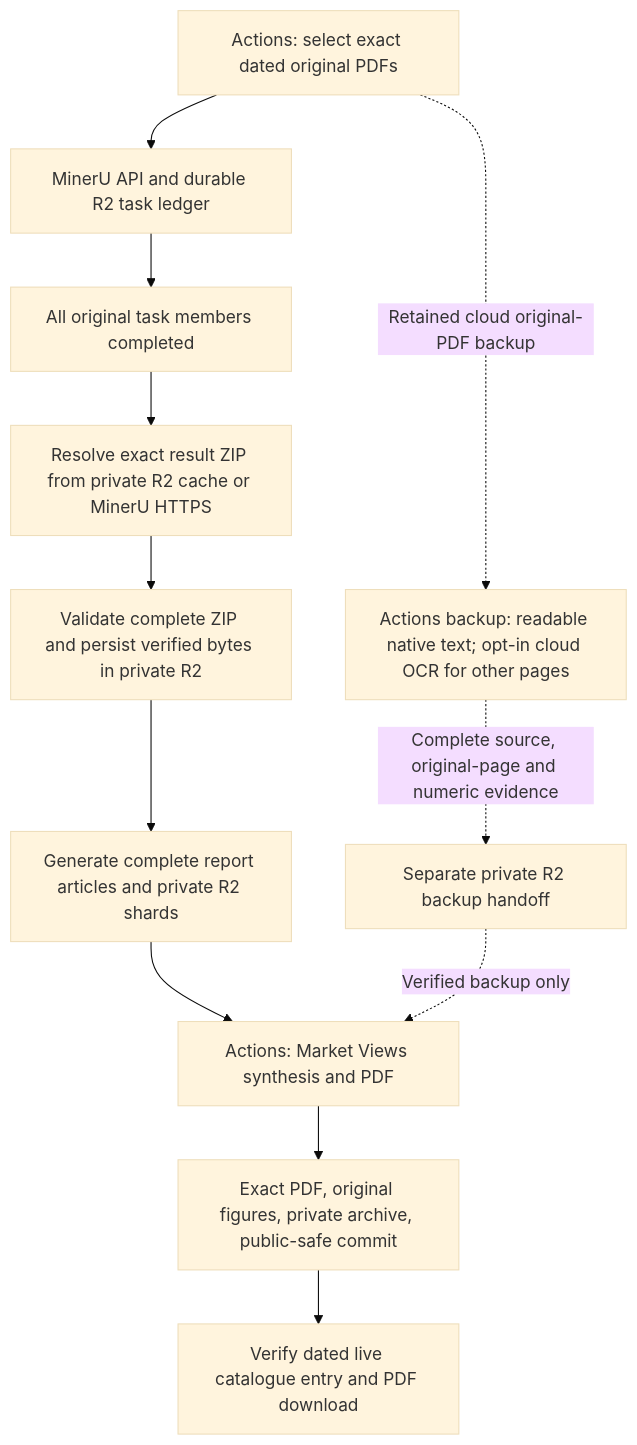
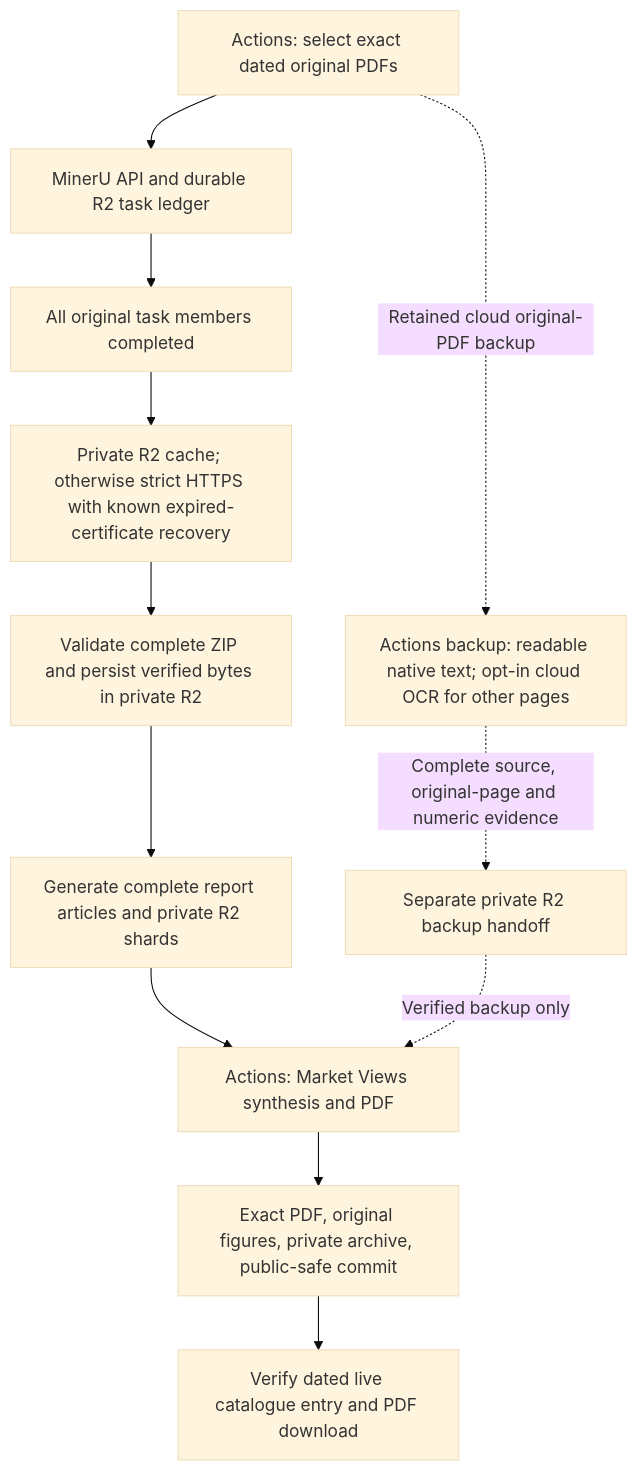
One commit to yt-feng/rpt_edit changed the diagram in docs/market-views-source-recovery.md. Above: the diagram before and after it, drawn with Mermaid (base theme). The commit also changed other lines of this file and 14 other files, not shown here.

Commit message:
fix: recover MinerU result downloads automatically in cloud

````diff
--- a/docs/market-views-source-recovery.md
+++ b/docs/market-views-source-recovery.md
@@ -16,14 +16,14 @@
 ```mermaid
 flowchart TD
   A["Actions: select exact dated original PDFs"] --> B["MinerU API and durable R2 task ledger"]
   B --> C["All original task members completed"]
-  C --> D["Resolve exact result ZIP from private R2 cache or MinerU HTTPS"]
+  C --> D["Private R2 cache; otherwise strict HTTPS with known expired-certificate recovery"]
   D --> K["Validate complete ZIP and persist verified bytes in private R2"]
   K --> E["Generate complete report articles and private R2 shards"]
   E --> F["Actions: Market Views synthesis and PDF"]
   F --> G["Exact PDF, original figures, private archive, public-safe commit"]
   G --> H["Verify dated live catalogue entry and PDF download"]
   A -. "Retained cloud original-PDF backup" .-> I["Actions backup: readable native text; opt-in cloud OCR for other pages"]
   I -. "Complete source, original-page and numeric evidence" .-> J["Separate private R2 backup handoff"]
   J -. "Verified backup only" .-> F
 ```
````
